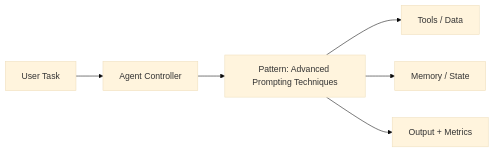
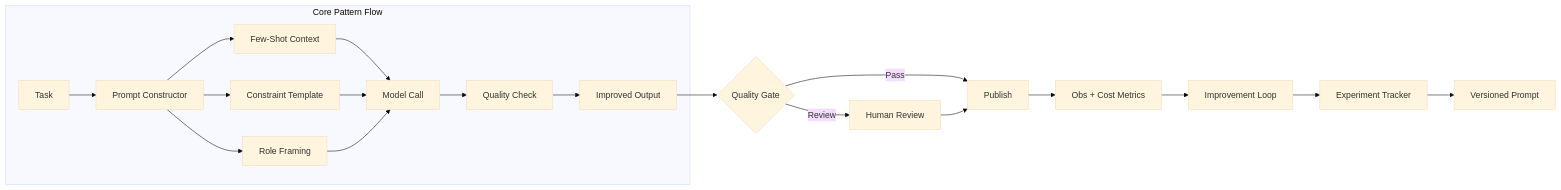
The diagram in notebooks/level_05_advanced_patterns_and_engineering/22_advanced_prompting_techniques_architecture.md (vivekreeves/agentic-design-patterns-lab), drawn with Mermaid (base theme) before and after one commit. The commit also changed 71 other files, not shown here.

````diff
--- a/notebooks/level_05_advanced_patterns_and_engineering/22_advanced_prompting_techniques_architecture.md
+++ b/notebooks/level_05_advanced_patterns_and_engineering/22_advanced_prompting_techniques_architecture.md
@@ -5,8 +5,22 @@
 ```mermaid
 flowchart LR
-  Q[User Task] --> A[Agent Controller]
-  A --> P[Pattern: Advanced Prompting Techniques]
-  P --> T[Tools / Data]
-  P --> M[Memory / State]
-  P --> O[Output + Metrics]
+  subgraph CoreFlow[Core Pattern Flow]
+    Q[Task] --> PC[Prompt Constructor]
+    PC --> FS[Few-Shot Context]
+    PC --> CT[Constraint Template]
+    PC --> RF[Role Framing]
+    FS --> M[Model Call]
+    CT --> M
+    RF --> M
+    M --> QC[Quality Check]
+    QC --> O[Improved Output]
+  end
+  O --> QG{Quality Gate}
+  QG -->|Pass| PUB[Publish]
+  QG -->|Review| HREV[Human Review]
+  HREV --> PUB
+  PUB --> OBS[Obs + Cost Metrics]
+  OBS --> LOOP[Improvement Loop]
+  LOOP --> EXP[Experiment Tracker]
+  EXP --> VER[Versioned Prompt]
 ```
````
